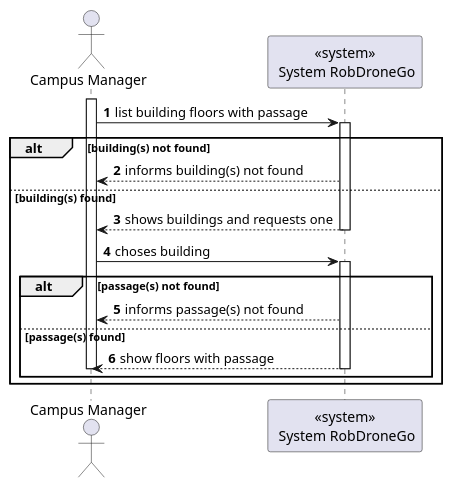
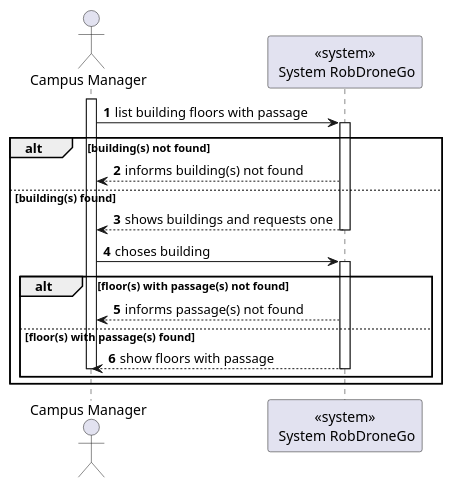
Before and after one commit to Departamento-de-Engenharia-Informatica/lapr5-23-24-g19: the diagram in docs/us1200/level1/process-view.puml, drawn with PlantUML. The commit also changed 5 other files, not shown here.

```diff
--- a/docs/us1200/level1/process-view.puml
+++ b/docs/us1200/level1/process-view.puml
@@ -1,28 +1,28 @@
 @startuml
 autonumber
 
 actor "Campus Manager" as usr
 
 participant "<<system>>\n System RobDroneGo" as sys
 
 activate usr
     usr -> sys : list building floors with passage
    activate sys
        alt building(s) not found
                sys --> usr : informs building(s) not found
            else building(s) found
                sys --> usr : shows buildings and requests one
            deactivate sys
 
     usr -> sys : choses building
     activate sys
-    alt passage(s) not found
+    alt floor(s) with passage(s) not found
                 sys --> usr: informs passage(s) not found
-            else passage(s) found
+            else floor(s) with passage(s) found
 
         sys --> usr : show floors with passage
     deactivate sys
 deactivate usr
 end
 end
 @enduml
```
